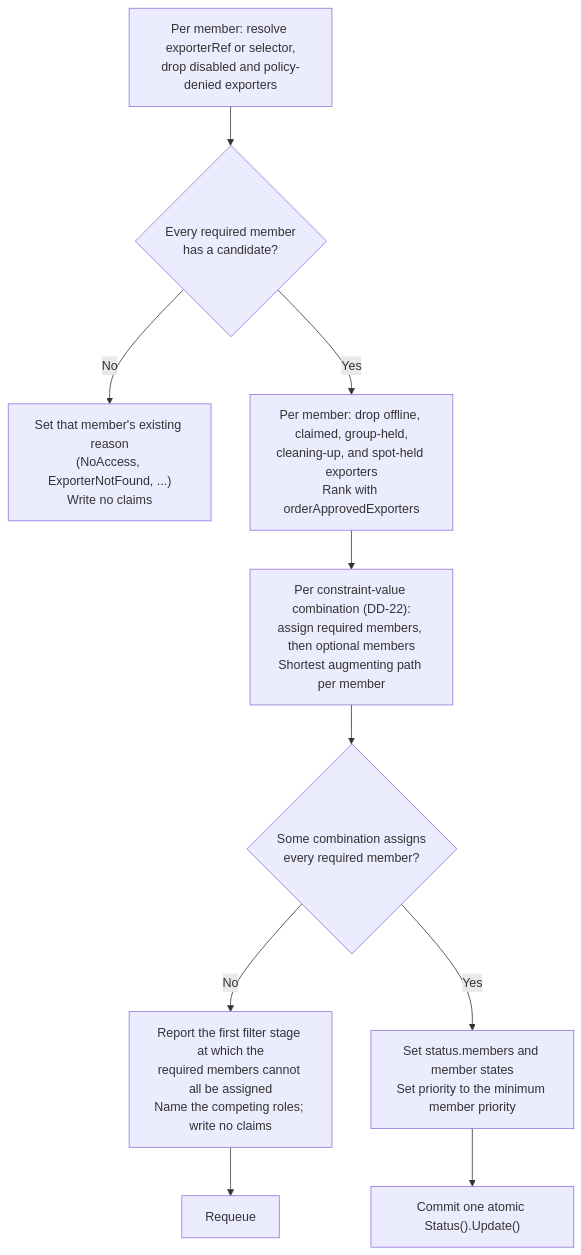
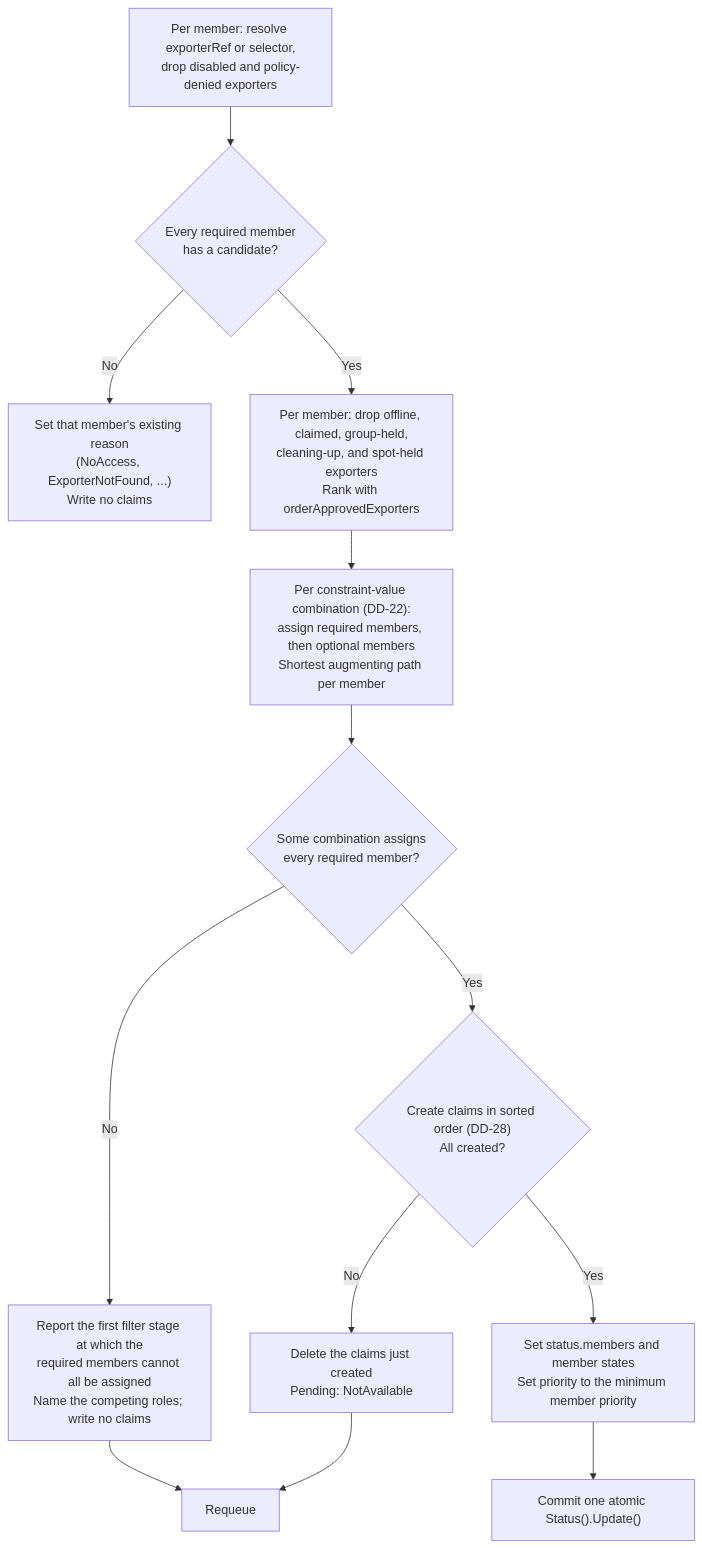
The second of 3 diagrams in docs/source/contributing/jeps/JEP-0015-multi-exporter-leases-port-forwarding.md (jumpstarter-dev/jumpstarter), drawn with Mermaid before and after one commit. The commit also changed other lines of this file, not shown here.

First line of the commit message:
docs(jep-0015): make lease claims exclusive through the API server

````diff
--- a/docs/source/contributing/jeps/JEP-0015-multi-exporter-leases-port-forwarding.md
+++ b/docs/source/contributing/jeps/JEP-0015-multi-exporter-leases-port-forwarding.md
@@ -2563,19 +2683,23 @@
 ```{mermaid}
 flowchart TD
     resolve["Per member: resolve exporterRef or selector,<br/>drop disabled and policy-denied exporters"]
     precheck{"Every required member<br/>has a candidate?"}
     reject["Set that member's existing reason<br/>(NoAccess, ExporterNotFound, ...)<br/>Write no claims"]
     filter["Per member: drop offline, claimed, group-held,<br/>cleaning-up, and spot-held exporters<br/>Rank with orderApprovedExporters"]
     assign["Per constraint-value combination (DD-22):<br/>assign required members, then optional members<br/>Shortest augmenting path per member"]
     complete{"Some combination assigns<br/>every required member?"}
     classify["Report the first filter stage at which the<br/>required members cannot all be assigned<br/>Name the competing roles; write no claims"]
     requeue["Requeue"]
+    claim{"Create claims in sorted order (DD-28)<br/>All created?"}
+    rollback["Delete the claims just created<br/>Pending: NotAvailable"]
     bind["Set status.members and member states<br/>Set priority to the minimum member priority"]
     commit["Commit one atomic Status().Update()"]
 
     resolve --> precheck
     precheck -->|No| reject
     precheck -->|Yes| filter --> assign --> complete
     complete -->|No| classify --> requeue
-    complete -->|Yes| bind --> commit
+    complete -->|Yes| claim
+    claim -->|No| rollback --> requeue
+    claim -->|Yes| bind --> commit
 ```
````
